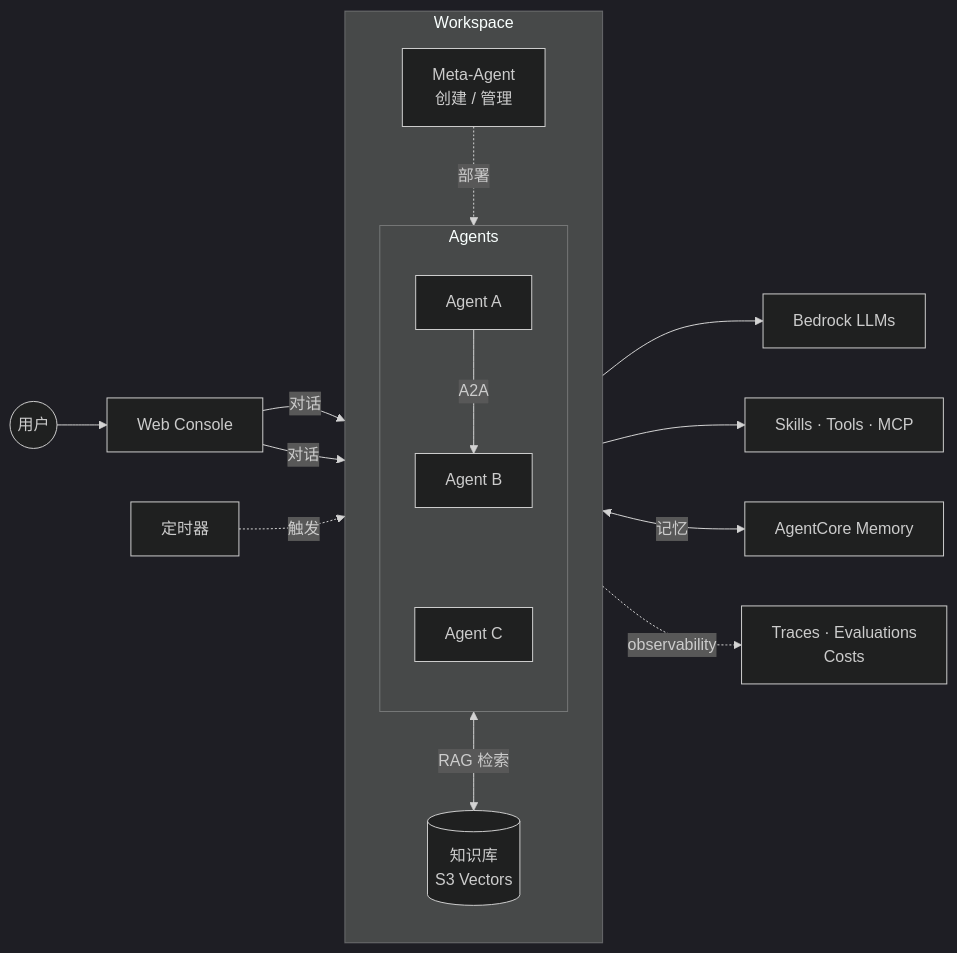
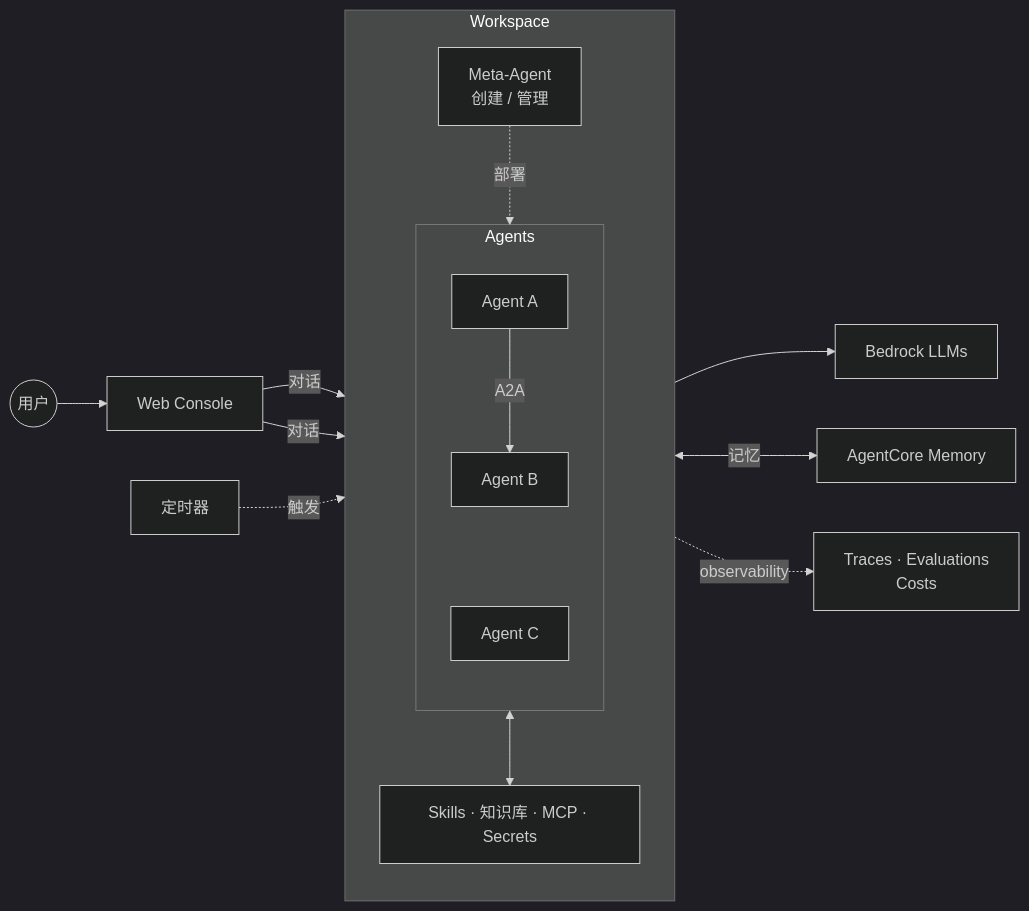
The first of 2 diagrams in README.md (ddpie/agent-studio), drawn with Mermaid (dark theme) before and after one commit. The commit also changed other lines of this file, not shown here.

Commit message:
docs(readme): consolidate workspace resources in architecture diagram
Replace standalone KB node with a unified Resources block (Skills, KB,
MCP, Secrets) inside the Workspace subgraph to better represent the
full set of workspace-scoped assets.

````diff
--- a/README.md
+++ b/README.md
@@ -48,26 +48,25 @@
 ```mermaid
 graph LR
     User((用户)) --> Web[Web Console]
     Cron[定时器]
 
     subgraph Workspace
         direction TB
         Meta[Meta-Agent<br/>创建 / 管理]
         subgraph Agents
             direction TB
             A1[Agent A] -->|A2A| A2[Agent B]
             A2 ~~~ A3[Agent C]
         end
-        KB[(知识库<br/>S3 Vectors)]
+        Res[Skills · 知识库 · MCP · Secrets]
     end
 
     Web -->|对话| Meta
     Web -->|对话| Agents
     Meta -.部署.-> Agents
     Cron -.触发.-> Agents
     Agents --> LLM[Bedrock LLMs]
-    Agents --> Ext[Skills · Tools · MCP]
-    Agents <-->|RAG 检索| KB
+    Agents <--> Res
     Agents <-->|记忆| Mem[AgentCore Memory]
     Agents -.observability.-> Obs[Traces · Evaluations<br/>Costs]
 ```
````
